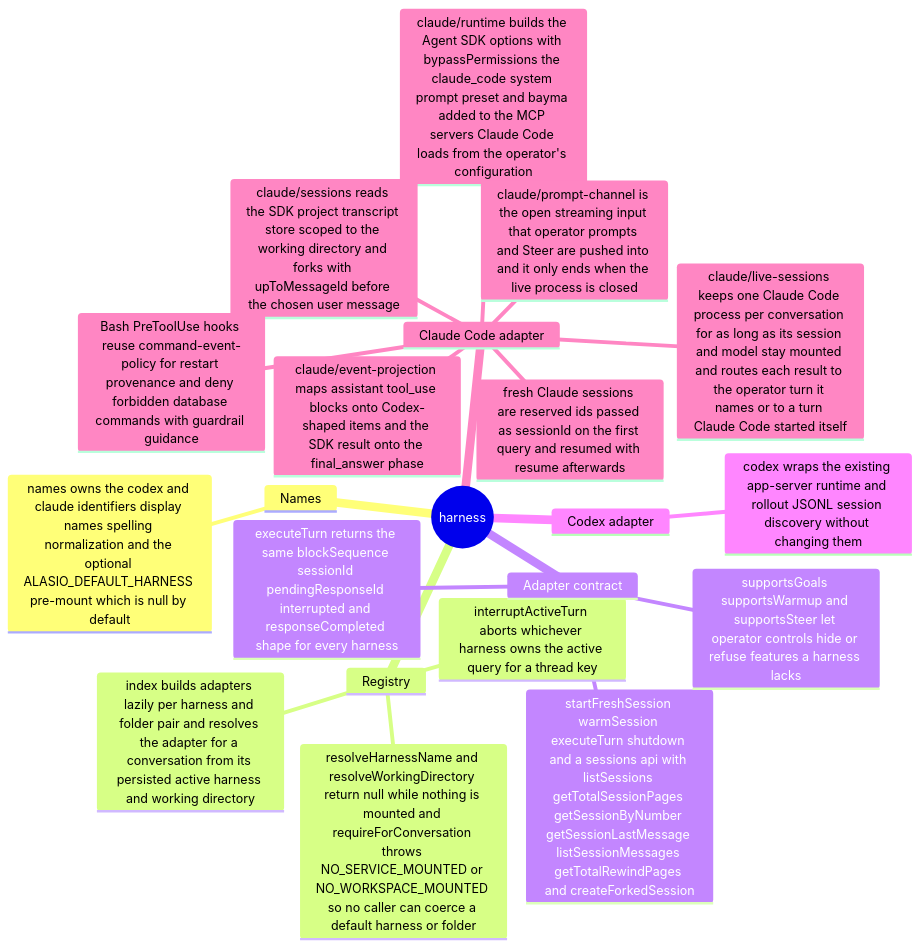
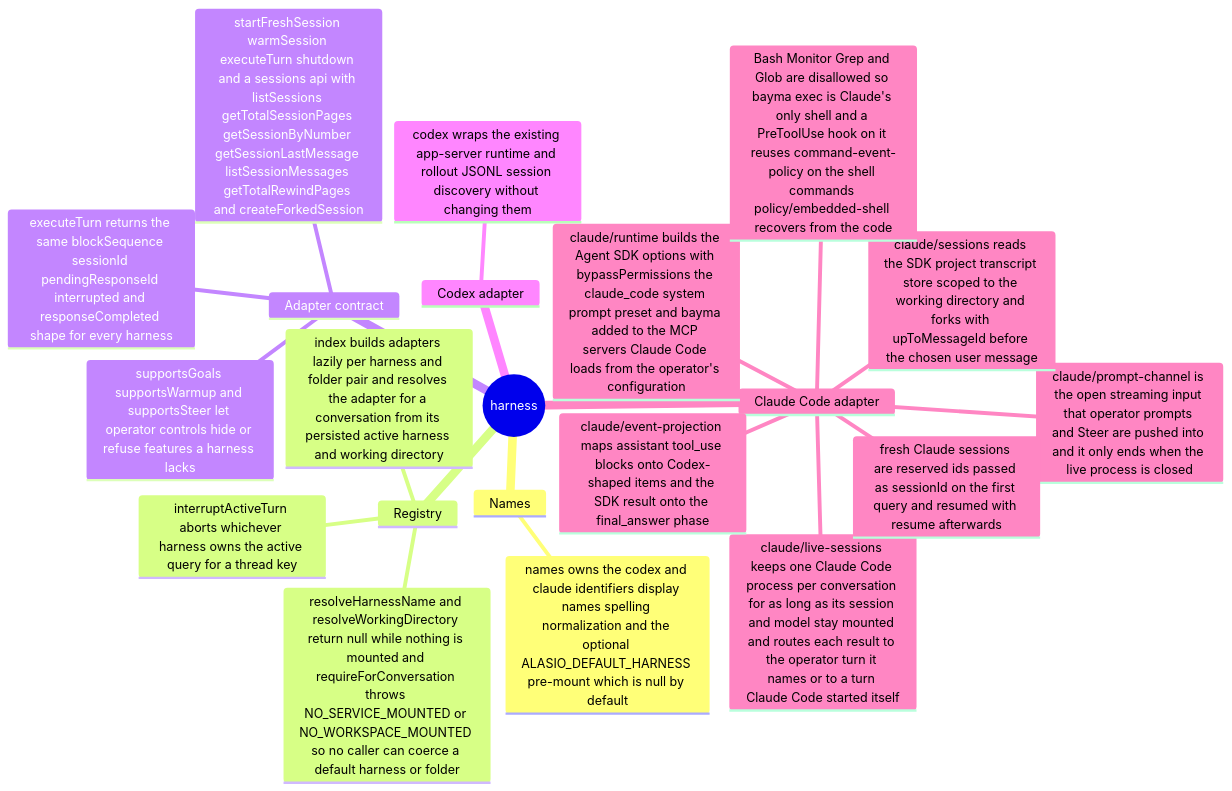
Before and after one commit to eaucoin/alasio: the first of 3 diagrams in src/harness/README.md, drawn with Mermaid. The commit also changed 6 other files, not shown here.

First line of the commit message:
Remove Bash, Monitor, Grep and Glob from the Claude harness

````diff
--- a/src/harness/README.md
+++ b/src/harness/README.md
@@ -2,24 +2,24 @@
 ```mermaid
 mindmap
   root((harness))
     Names
       names owns the codex and claude identifiers display names spelling normalization and the optional ALASIO_DEFAULT_HARNESS pre-mount which is null by default
     Registry
       index builds adapters lazily per harness and folder pair and resolves the adapter for a conversation from its persisted active harness and working directory
       resolveHarnessName and resolveWorkingDirectory return null while nothing is mounted and requireForConversation throws NO_SERVICE_MOUNTED or NO_WORKSPACE_MOUNTED so no caller can coerce a default harness or folder
       interruptActiveTurn aborts whichever harness owns the active query for a thread key
     Adapter contract
       startFreshSession warmSession executeTurn shutdown and a sessions api with listSessions getTotalSessionPages getSessionByNumber getSessionLastMessage listSessionMessages getTotalRewindPages and createForkedSession
       supportsGoals supportsWarmup and supportsSteer let operator controls hide or refuse features a harness lacks
       executeTurn returns the same blockSequence sessionId pendingResponseId interrupted and responseCompleted shape for every harness
     Codex adapter
       codex wraps the existing app-server runtime and rollout JSONL session discovery without changing them
     Claude Code adapter
       claude/runtime builds the Agent SDK options with bypassPermissions the claude_code system prompt preset and bayma added to the MCP servers Claude Code loads from the operator's configuration
       claude/live-sessions keeps one Claude Code process per conversation for as long as its session and model stay mounted and routes each result to the operator turn it names or to a turn Claude Code started itself
       claude/prompt-channel is the open streaming input that operator prompts and Steer are pushed into and it only ends when the live process is closed
       claude/event-projection maps assistant tool_use blocks onto Codex-shaped items and the SDK result onto the final_answer phase
       claude/sessions reads the SDK project transcript store scoped to the working directory and forks with upToMessageId before the chosen user message
       fresh Claude sessions are reserved ids passed as sessionId on the first query and resumed with resume afterwards
-      Bash PreToolUse hooks reuse command-event-policy for restart provenance and deny forbidden database commands with guardrail guidance
+      Bash Monitor Grep and Glob are disallowed so bayma exec is Claude's only shell and a PreToolUse hook on it reuses command-event-policy on the shell commands policy/embedded-shell recovers from the code
 ```
````
